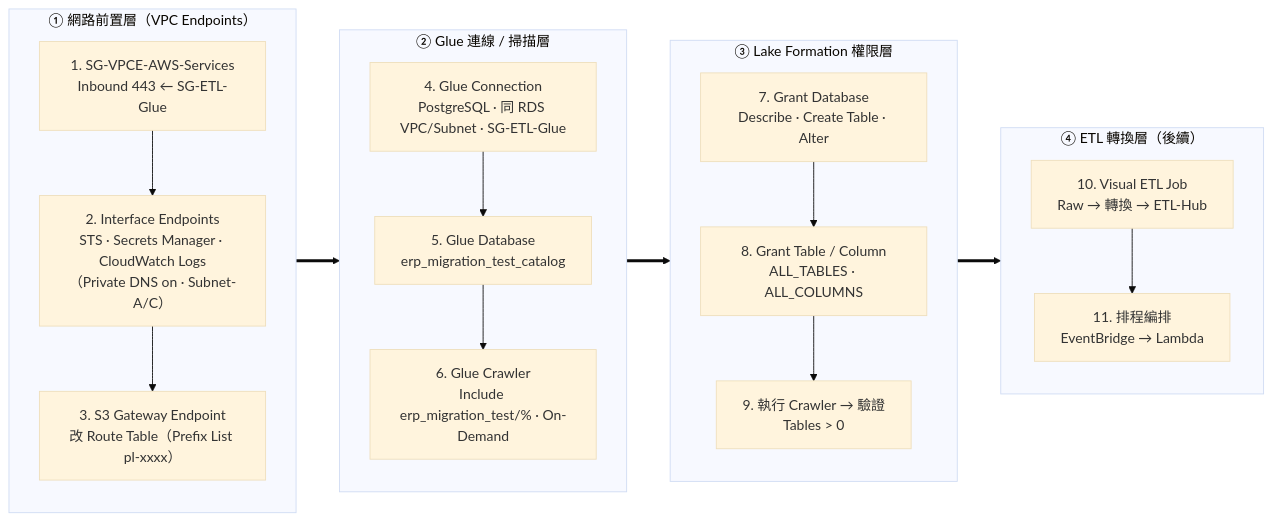
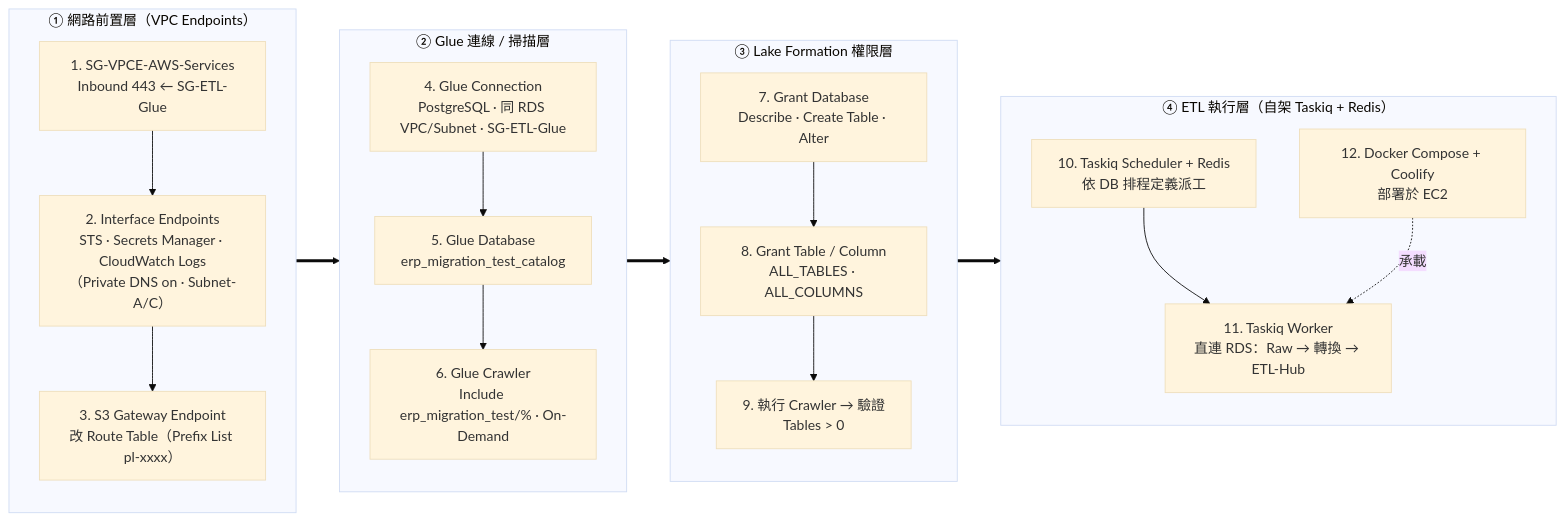
One commit to Jiaye-DF/data-center-etl changed the ninth of 9 diagrams in docs/Arch/aws-to-local-infra-arch.md. Above: the diagram before and after it, drawn with Mermaid (base theme). The commit also changed other lines of this file and 1 other file, not shown here.

Commit message:
(AI) Docs: Arch Phase 2 ETL 分支改自架 — 保留 Glue Crawler/Catalog(metadata),ETL Job 換成自架 Taskiq + Redis(Docker Compose,Coolify 部署於 EC2);.md/.html 同步(端到端圖/設施關聯圖 linkStyle 重算/Phase 2 流程圖 ④ 層/設施表/名詞解說)

````diff
--- a/docs/Arch/aws-to-local-infra-arch.md
+++ b/docs/Arch/aws-to-local-infra-arch.md
@@ -606,33 +606,35 @@
 ```mermaid
 flowchart LR
   subgraph EP["① 網路前置層（VPC Endpoints）"]
     direction TB
     SGV["1. SG-VPCE-AWS-Services<br/>Inbound 443 ← SG-ETL-Glue"]
     IEP["2. Interface Endpoints<br/>STS · Secrets Manager · CloudWatch Logs<br/>（Private DNS on · Subnet-A/C）"]
     GEP["3. S3 Gateway Endpoint<br/>改 Route Table（Prefix List pl-xxxx）"]
     SGV --> IEP --> GEP
   end
   subgraph GL["② Glue 連線 / 掃描層"]
     direction TB
     CONN["4. Glue Connection<br/>PostgreSQL · 同 RDS VPC/Subnet · SG-ETL-Glue"]
     GDB["5. Glue Database<br/>erp_migration_test_catalog"]
     CR["6. Glue Crawler<br/>Include erp_migration_test/% · On-Demand"]
     CONN --> GDB --> CR
   end
   subgraph LF["③ Lake Formation 權限層"]
     direction TB
     DBG["7. Grant Database<br/>Describe · Create Table · Alter"]
     TBG["8. Grant Table / Column<br/>ALL_TABLES · ALL_COLUMNS"]
     RUN["9. 執行 Crawler → 驗證<br/>Tables > 0"]
     DBG --> TBG --> RUN
   end
-  subgraph ET["④ ETL 轉換層（後續）"]
+  subgraph ET["④ ETL 執行層（自架 Taskiq + Redis）"]
     direction TB
-    ETLJ["10. Visual ETL Job<br/>Raw → 轉換 → ETL-Hub"]
-    SCH["11. 排程編排<br/>EventBridge → Lambda"]
-    ETLJ --> SCH
+    SCH["10. Taskiq Scheduler + Redis<br/>依 DB 排程定義派工"]
+    ETLJ["11. Taskiq Worker<br/>直連 RDS：Raw → 轉換 → ETL-Hub"]
+    DEP["12. Docker Compose + Coolify<br/>部署於 EC2"]
+    SCH --> ETLJ
+    DEP -. 承載 .-> ETLJ
   end
   GEP ==> CONN
   CR ==> DBG
-  RUN ==> ETLJ
+  RUN ==> SCH
 ```
````
